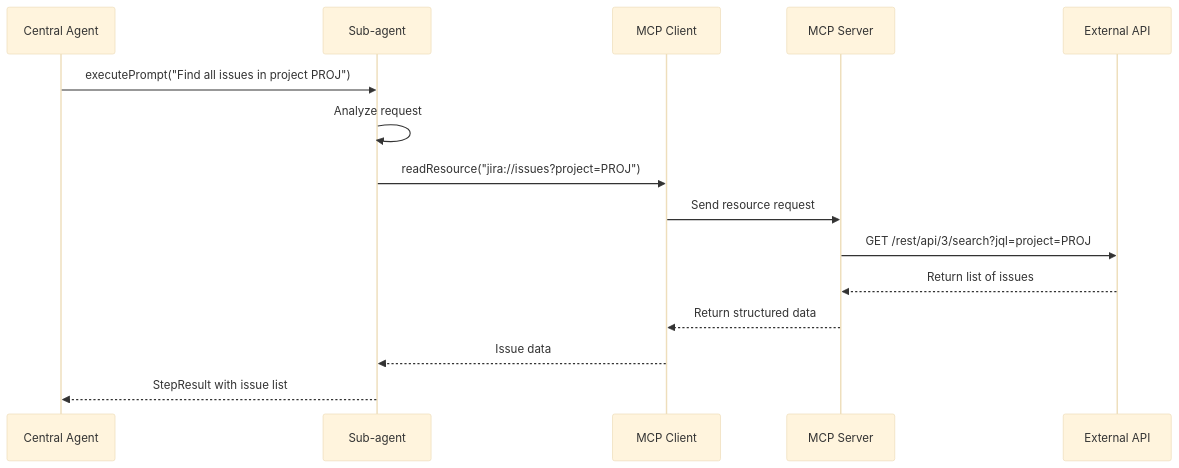
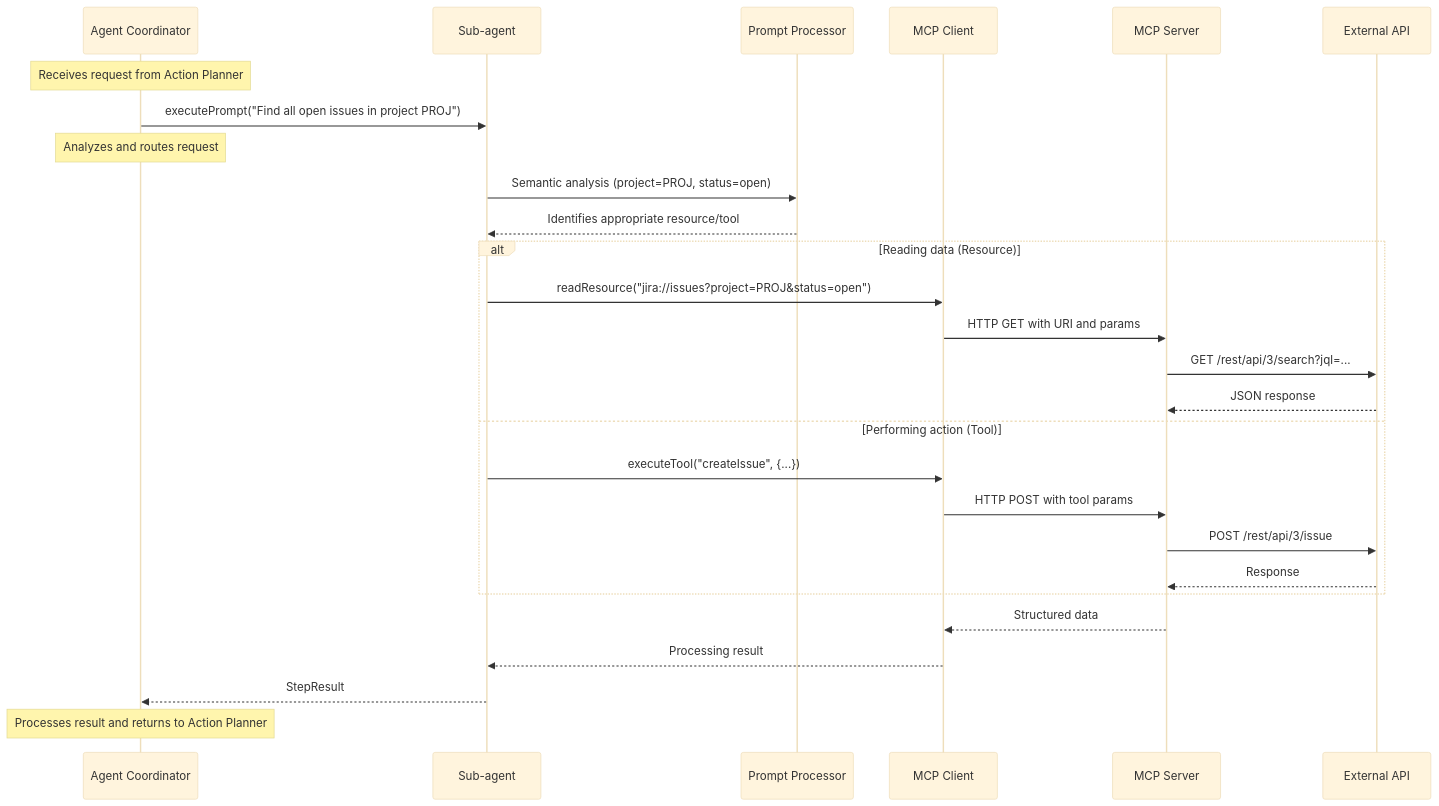
One commit to phuc-nt/auto-workflow-agent changed the fourth of 5 diagrams in docs/knowledge/ai_agent_development_guide_part3.en.md. Above: the diagram before and after it, drawn with Mermaid (base theme). The commit also changed other lines of this file and 2 other files, not shown here.

First line of the commit message:
docs: refactor MCP Sub-agent implementation section

````diff
--- a/docs/knowledge/ai_agent_development_guide_part3.en.md
+++ b/docs/knowledge/ai_agent_development_guide_part3.en.md
@@ -186,18 +178,32 @@
 ```mermaid
 sequenceDiagram
-    participant CA as Central Agent
+    participant AC as Agent Coordinator
     participant SA as Sub-agent
+    participant PP as Prompt Processor
     participant MC as MCP Client
     participant MS as MCP Server
     participant API as External API
     
-    CA->>SA: executePrompt("Find all issues in project PROJ")
-    SA->>SA: Analyze request
-    SA->>MC: readResource("jira://issues?project=PROJ")
-    MC->>MS: Send resource request
-    MS->>API: GET /rest/api/3/search?jql=project=PROJ
-    API-->>MS: Return list of issues
-    MS-->>MC: Return structured data
-    MC-->>SA: Issue data
-    SA-->>CA: StepResult with issue list
+    Note over AC: Receives request from Action Planner
+    AC->>SA: executePrompt("Find all open issues in project PROJ")
+    Note over AC: Analyzes and routes request
+    SA->>PP: Semantic analysis (project=PROJ, status=open)
+    PP-->>SA: Identifies appropriate resource/tool
+    
+    alt Reading data (Resource)
+        SA->>MC: readResource("jira://issues?project=PROJ&status=open")
+        MC->>MS: HTTP GET with URI and params
+        MS->>API: GET /rest/api/3/search?jql=...
+        API-->>MS: JSON response
+    else Performing action (Tool)
+        SA->>MC: executeTool("createIssue", {...})
+        MC->>MS: HTTP POST with tool params
+        MS->>API: POST /rest/api/3/issue
+        API-->>MS: Response
+    end
+    
+    MS-->>MC: Structured data
+    MC-->>SA: Processing result
+    SA-->>AC: StepResult
+    Note over AC: Processes result and returns to Action Planner
 ```
````
